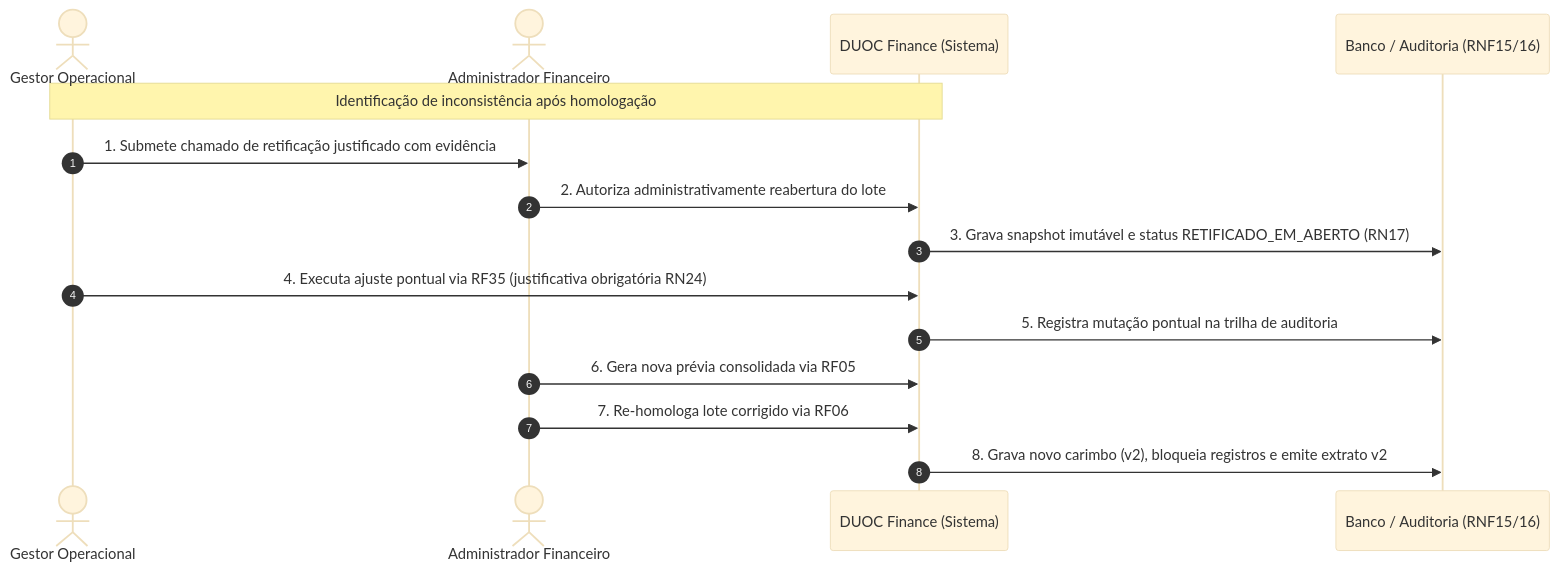
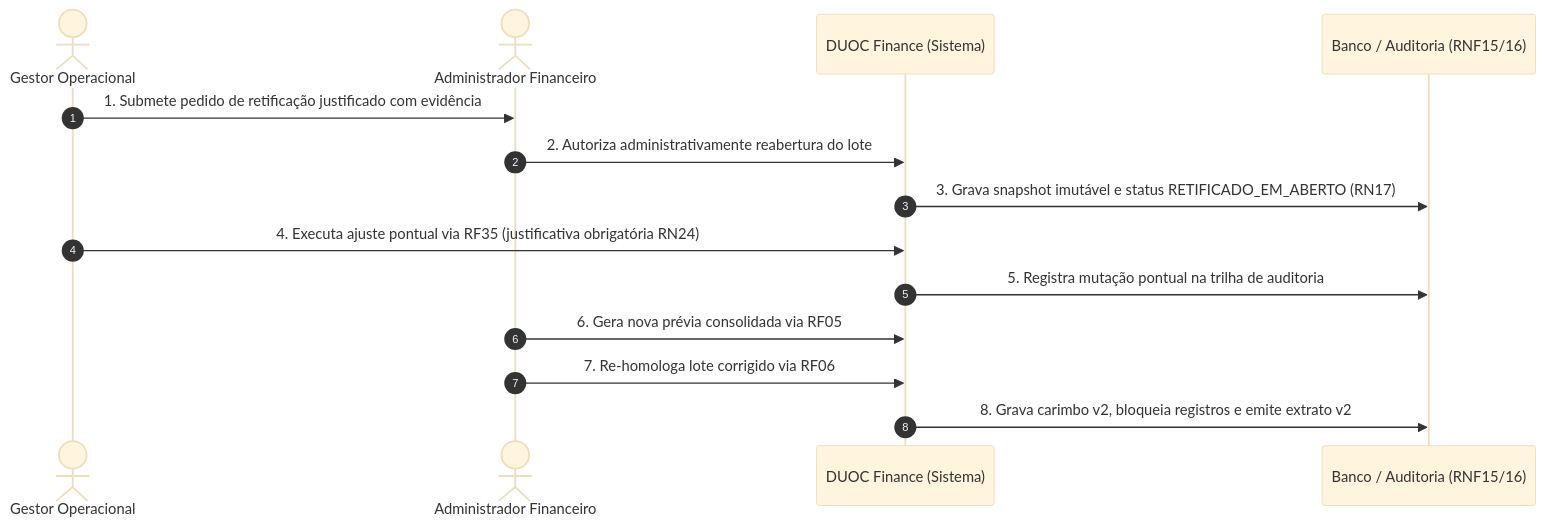
Before and after one commit to mdsreq-fga-unb/REQ-2026.2-T01-DUOC-Finance: the diagram in docs/requisitos/priorizacao.md, drawn with Mermaid (base theme). The commit also changed other lines of this file and 1 other file, not shown here.

````diff
--- a/docs/requisitos/priorizacao.md
+++ b/docs/requisitos/priorizacao.md
@@ -533,18 +289,17 @@
 ```mermaid
 sequenceDiagram
     autonumber
     actor G as Gestor Operacional
     actor A as Administrador Financeiro
     participant S as DUOC Finance (Sistema)
     participant B as Banco / Auditoria (RNF15/16)
 
-    Note over G,S: Identificação de inconsistência após homologação
-    G->>A: 1. Submete chamado de retificação justificado com evidência
+    G->>A: 1. Submete pedido de retificação justificado com evidência
     A->>S: 2. Autoriza administrativamente reabertura do lote
     S->>B: 3. Grava snapshot imutável e status RETIFICADO_EM_ABERTO (RN17)
     G->>S: 4. Executa ajuste pontual via RF35 (justificativa obrigatória RN24)
     S->>B: 5. Registra mutação pontual na trilha de auditoria
     A->>S: 6. Gera nova prévia consolidada via RF05
     A->>S: 7. Re-homologa lote corrigido via RF06
-    S->>B: 8. Grava novo carimbo (v2), bloqueia registros e emite extrato v2
+    S->>B: 8. Grava carimbo v2, bloqueia registros e emite extrato v2
 ```
````
